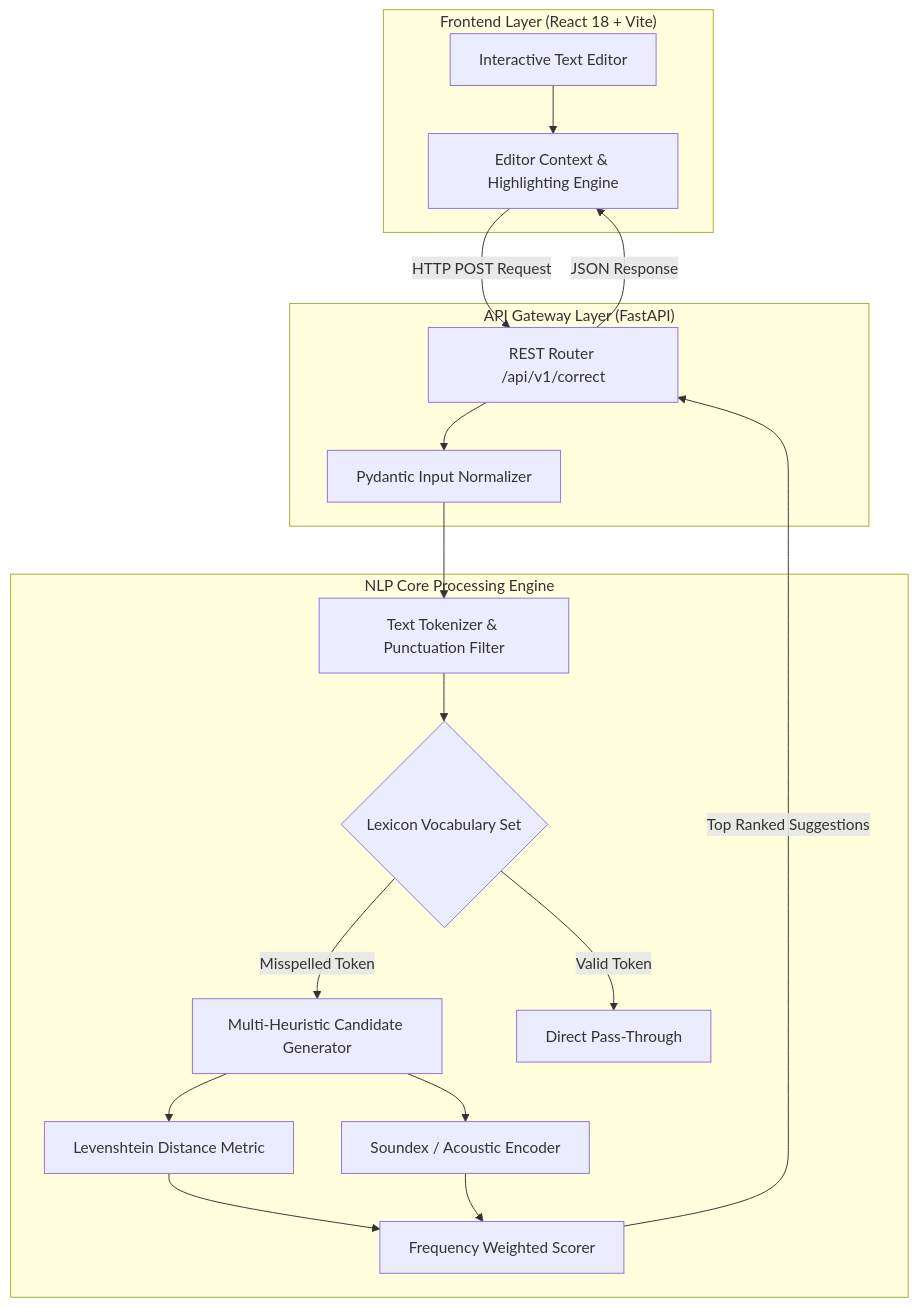
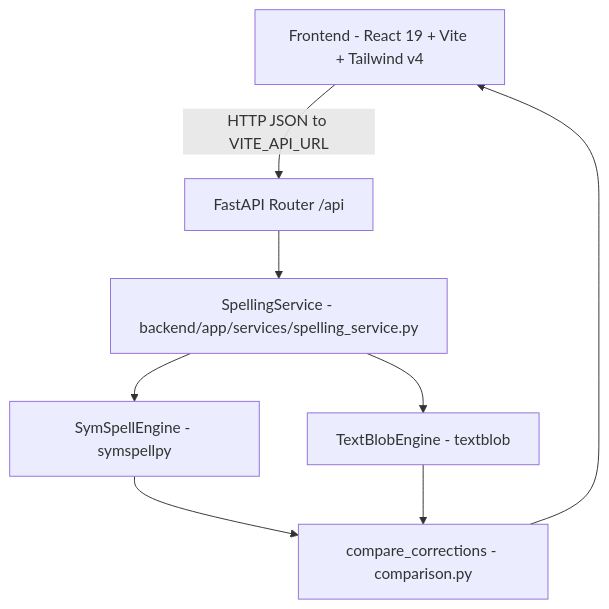
The diagram in README.md (StratagemVX/spellSense-NLP_AAT), drawn with Mermaid before and after one commit. The commit also changed other lines of this file, not shown here.

````diff
--- a/README.md
+++ b/README.md
@@ -48,36 +43,10 @@
 ```mermaid
 flowchart TD
-    subgraph Client["Frontend Layer (React 18 + Vite)"]
-        UI[Interactive Text Editor]
-        State[Editor Context & Highlighting Engine]
-        UI --> State
-    end
-
-    subgraph API["API Gateway Layer (FastAPI)"]
-        Router[REST Router /api/v1/correct]
-        Val[Pydantic Input Normalizer]
-        Router --> Val
-    end
-
-    subgraph Engine["NLP Core Processing Engine"]
-        Tok[Text Tokenizer & Punctuation Filter]
-        DictLookup{Lexicon Vocabulary Set}
-        CandGen[Multi-Heuristic Candidate Generator]
-        EditDist[Levenshtein Distance Metric]
-        PhoneHash[Soundex / Acoustic Encoder]
-        Ranker[Frequency Weighted Scorer]
-
-        Val --> Tok
-        Tok --> DictLookup
-        DictLookup -->|Valid Token| ValidPass[Direct Pass-Through]
-        DictLookup -->|Misspelled Token| CandGen
-        CandGen --> EditDist
-        CandGen --> PhoneHash
-        EditDist --> Ranker
-        PhoneHash --> Ranker
-    end
-
-    State -->|HTTP POST Request| Router
-    Ranker -->|Top Ranked Suggestions| Router
-    Router -->|JSON Response| State
+    UI[Frontend - React 19 + Vite + Tailwind v4] -->|HTTP JSON to VITE_API_URL| API[FastAPI Router /api]
+    API --> Svc[SpellingService - backend/app/services/spelling_service.py]
+    Svc --> SS[SymSpellEngine - symspellpy]
+    Svc --> TB[TextBlobEngine - textblob]
+    SS --> Cmp[compare_corrections - comparison.py]
+    TB --> Cmp
+    Cmp --> UI
 ```
````
